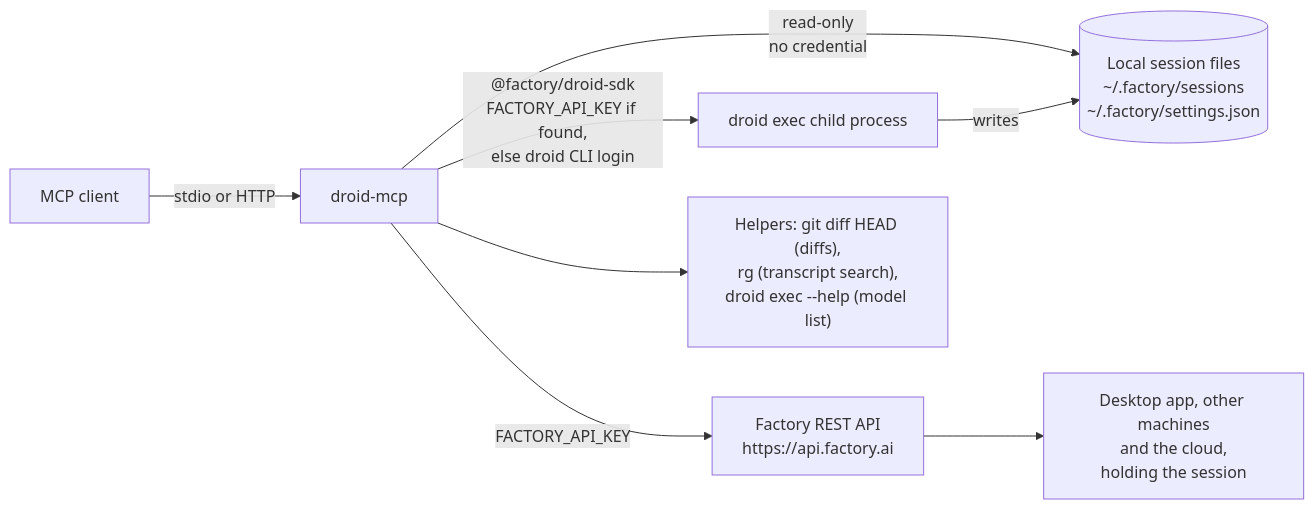
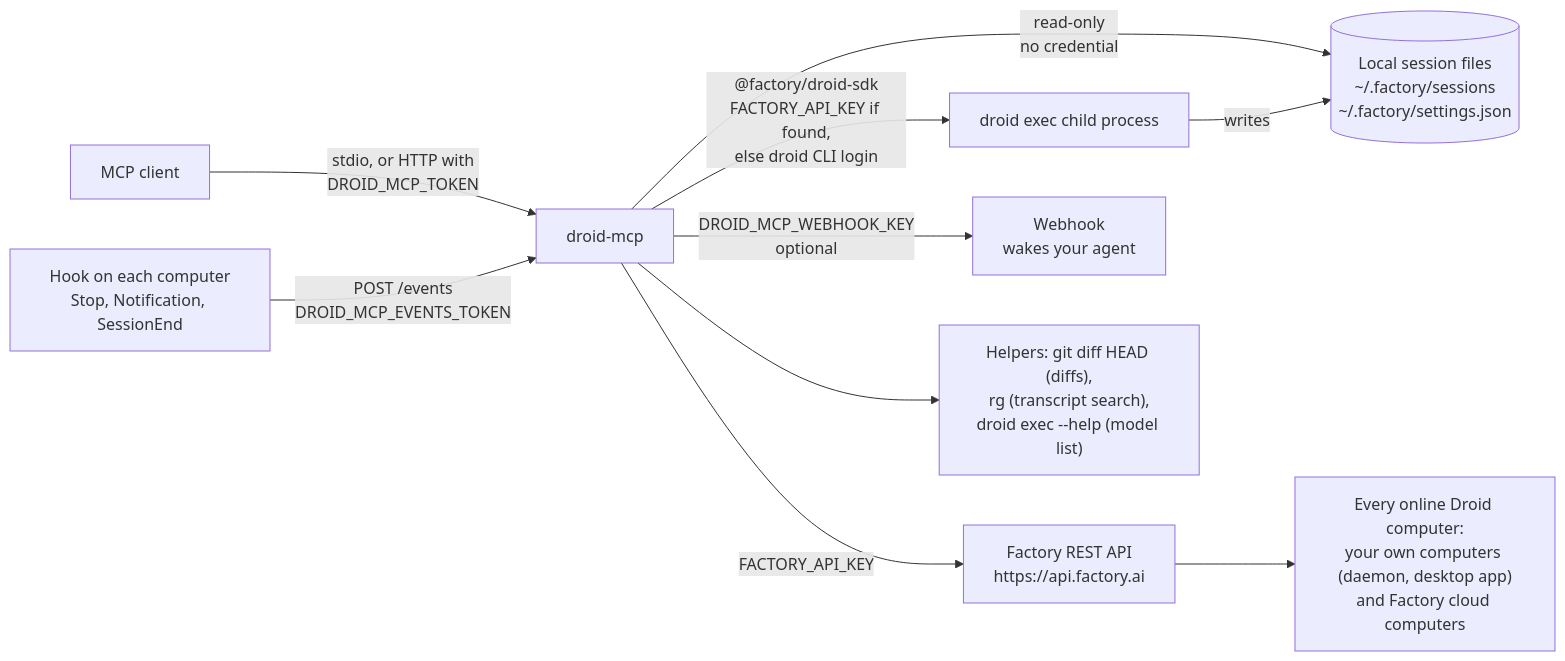
One commit to Jason-Holt-Digital/droid-mcp changed the first of 3 diagrams in README.md. Above: the diagram before and after it, drawn with Mermaid. The commit also changed other lines of this file, not shown here.

Commit message:
README: every computer, callbacks and hook install

````diff
--- a/README.md
+++ b/README.md
@@ -239,10 +299,12 @@
 ```mermaid
 flowchart LR
-  client["MCP client"] -->|"stdio or HTTP"| server["droid-mcp"]
+  client["MCP client"] -->|"stdio, or HTTP with<br/>DROID_MCP_TOKEN"| server["droid-mcp"]
   server -->|"read-only<br/>no credential"| files[("Local session files<br/>~/.factory/sessions<br/>~/.factory/settings.json")]
   server -->|"@factory/droid-sdk<br/>FACTORY_API_KEY if found,<br/>else droid CLI login"| exec["droid exec child process"]
   exec -->|"writes"| files
   server -->|"FACTORY_API_KEY"| rest["Factory REST API<br/>https://api.factory.ai"]
-  rest --> daemons["Desktop app, other machines<br/>and the cloud,<br/>holding the session"]
+  rest --> computers["Every online Droid computer:<br/>your own computers (daemon, desktop app)<br/>and Factory cloud computers"]
+  hooks["Hook on each computer<br/>Stop, Notification, SessionEnd"] -->|"POST /events<br/>DROID_MCP_EVENTS_TOKEN"| server
+  server -->|"DROID_MCP_WEBHOOK_KEY<br/>optional"| webhook["Webhook<br/>wakes your agent"]
   server --> helpers["Helpers: git diff HEAD (diffs),<br/>rg (transcript search),<br/>droid exec --help (model list)"]
 ```
````
